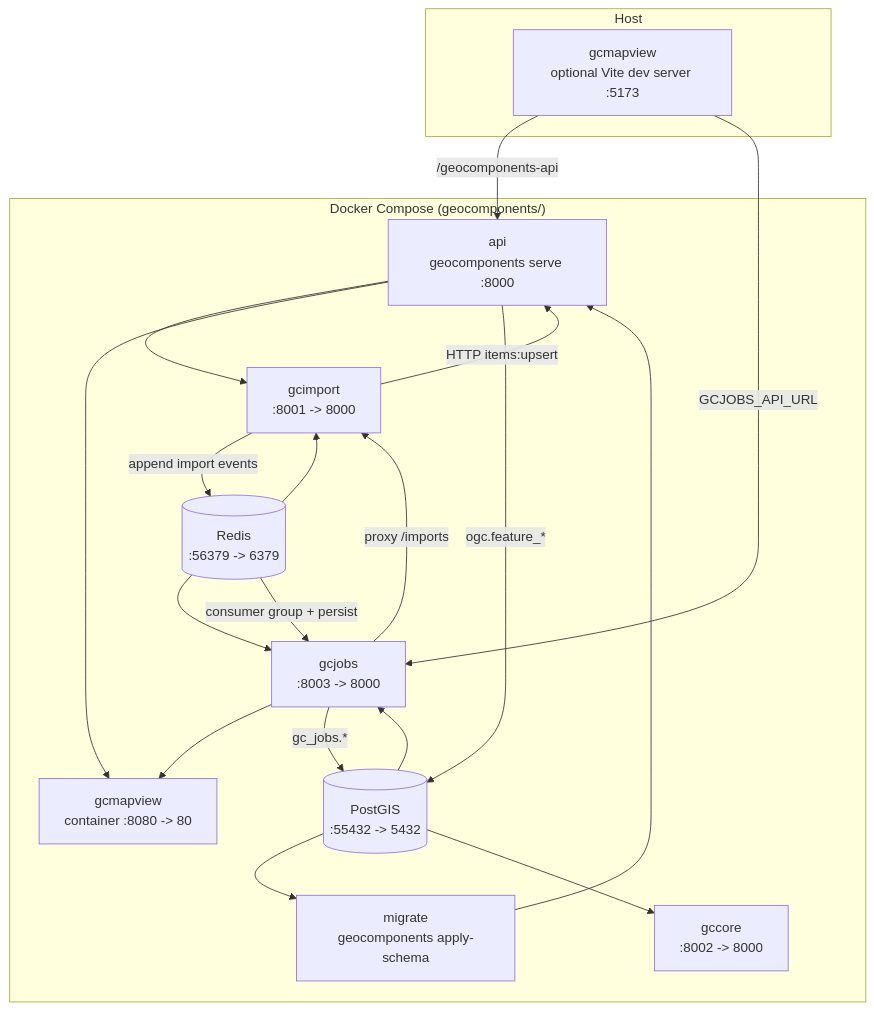
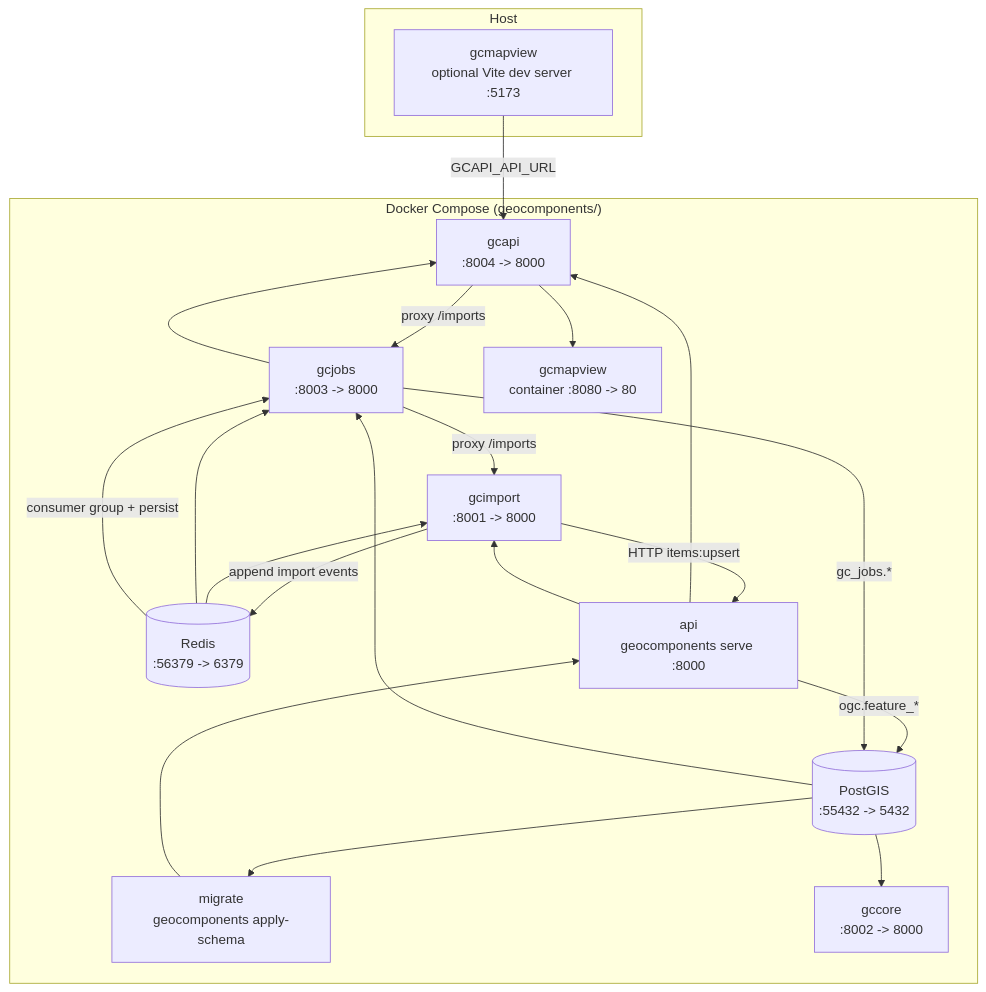
Before and after one commit to kartverket/topografisk-gdb-api: the second of 10 diagrams in docs/ARCHITECTURE.md, drawn with Mermaid. The commit also changed other lines of this file and 39 other files, not shown here.

````diff
--- a/docs/ARCHITECTURE.md
+++ b/docs/ARCHITECTURE.md
@@ -61,35 +63,37 @@
 ```mermaid
 flowchart TB
   subgraph Host
     FEDEV["gcmapview<br/>optional Vite dev server :5173"]
   end
 
   subgraph "Docker Compose (geocomponents/)"
     DB[("PostGIS<br/>:55432 -> 5432")]
     REDIS[("Redis<br/>:56379 -> 6379")]
     MIG["migrate<br/>geocomponents apply-schema"]
     API["api<br/>geocomponents serve :8000"]
+    GCAPI["gcapi<br/>:8004 -> 8000"]
     IMP["gcimport<br/>:8001 -> 8000"]
     CORE["gccore<br/>:8002 -> 8000"]
     JOBS["gcjobs<br/>:8003 -> 8000"]
     FE["gcmapview<br/>container :8080 -> 80"]
 
     DB --> MIG --> API
+    API --> GCAPI
     API --> IMP
     DB --> CORE
     DB --> JOBS
+    JOBS --> GCAPI
     REDIS --> IMP
     REDIS --> JOBS
-    API --> FE
-    JOBS --> FE
+    GCAPI --> FE
   end
 
-  FEDEV -->|/geocomponents-api| API
-  FEDEV -->|GCJOBS_API_URL| JOBS
+  FEDEV -->|GCAPI_API_URL| GCAPI
+  GCAPI -->|proxy /imports| JOBS
   JOBS -->|proxy /imports| IMP
   IMP -->|HTTP items:upsert| API
   IMP -->|append import events| REDIS
   REDIS -->|consumer group + persist| JOBS
   API -->|ogc.feature_*| DB
   JOBS -->|gc_jobs.*| DB
 ```
````
